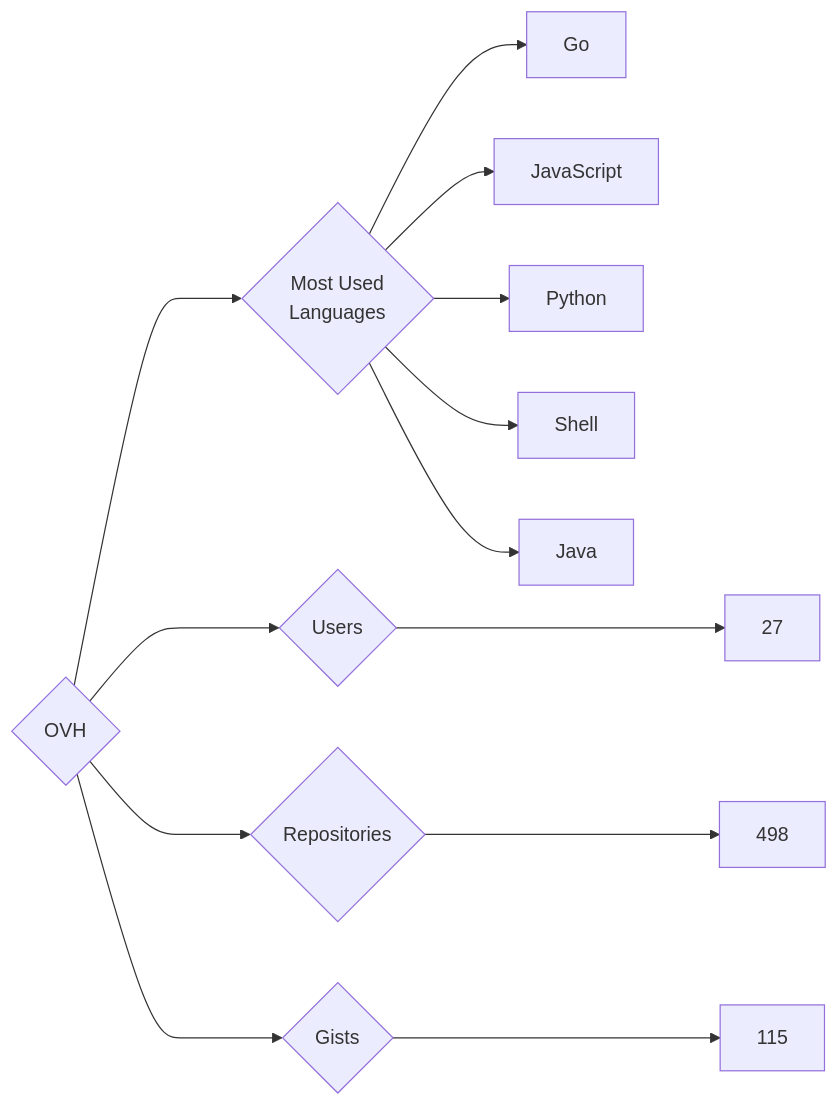
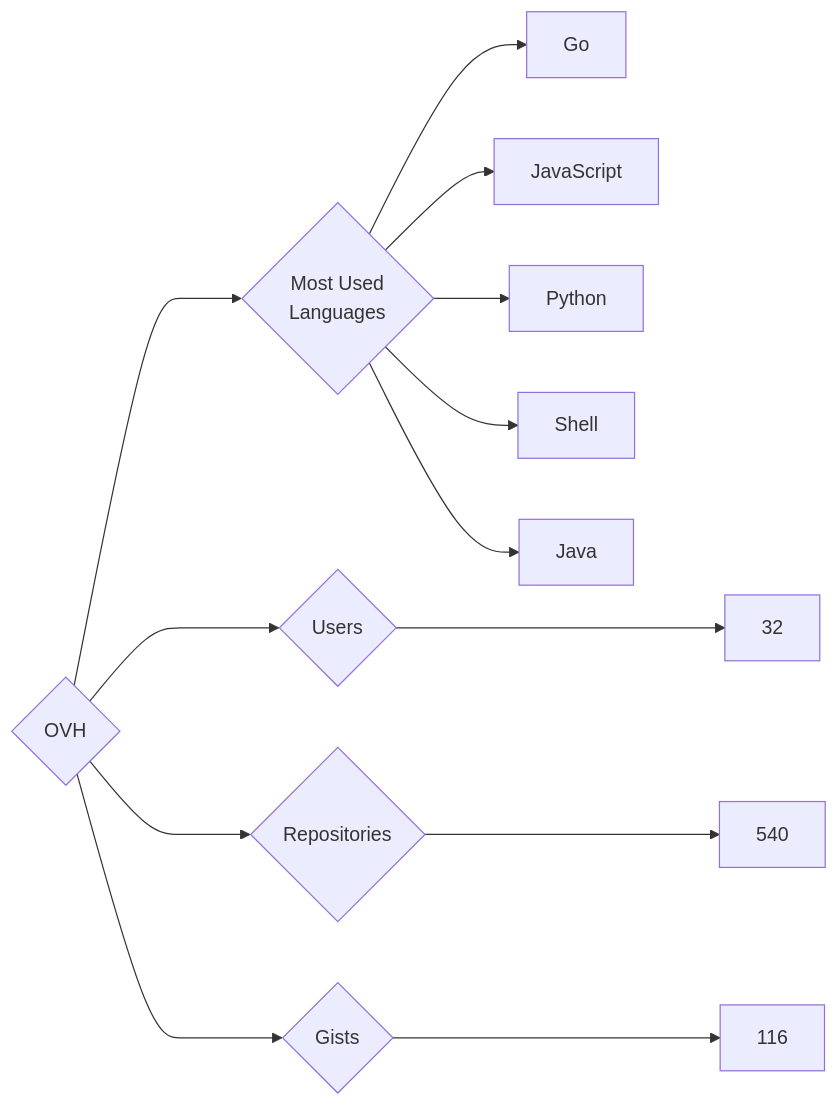
One commit to trickest/insiders changed the diagram in targets/OVH/README.md. Above: the diagram before and after it, drawn with Mermaid. The commit also changed 1389 other files, not shown here.

````diff
--- a/targets/OVH/README.md
+++ b/targets/OVH/README.md
@@ -3,13 +3,13 @@
 ```mermaid
 graph LR
 COMPANY_NAME{OVH}
-COMPANY_NAME ---> U{Users} ---> UN[27]
-COMPANY_NAME ---> R{Repositories} ---> RN[498]
-COMPANY_NAME ---> G{Gists} ---> GN[115]
+COMPANY_NAME ---> U{Users} ---> UN[32]
+COMPANY_NAME ---> R{Repositories} ---> RN[540]
+COMPANY_NAME ---> G{Gists} ---> GN[116]
 COMPANY_NAME ---> ML{Most Used<br>Languages}
 ML --> Go[Go]
 ML --> JavaScript[JavaScript]
 ML --> Python[Python]
 ML --> Shell[Shell]
 ML --> Java[Java]
 ```
````
